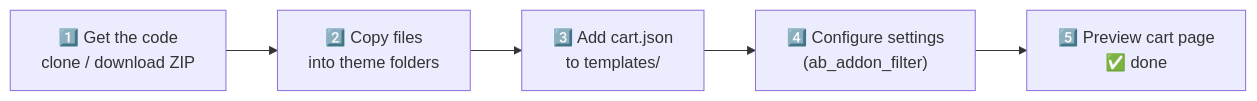
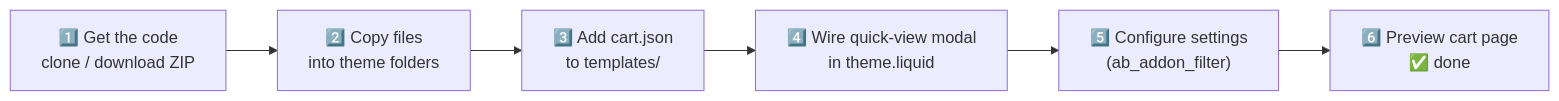
The second of 2 diagrams in README.md (abdurrakib528/fc-cart-ab-custom), drawn with Mermaid before and after one commit. The commit also changed other lines of this file and 1 other file, not shown here.

First line of the commit message:
Add product-ab-quickview modal + document theme.liquid wiring

````diff
--- a/README.md
+++ b/README.md
@@ -79,7 +86,8 @@
 ```mermaid
 flowchart LR
     A["1️⃣ Get the code<br/>clone / download ZIP"] --> B["2️⃣ Copy files<br/>into theme folders"]
     B --> C["3️⃣ Add cart.json<br/>to templates/"]
-    C --> D["4️⃣ Configure settings<br/>(ab_addon_filter)"]
-    D --> E["5️⃣ Preview cart page<br/>✅ done"]
+    C --> Q["4️⃣ Wire quick-view modal<br/>in theme.liquid"]
+    Q --> D["5️⃣ Configure settings<br/>(ab_addon_filter)"]
+    D --> E["6️⃣ Preview cart page<br/>✅ done"]
 ```
````
